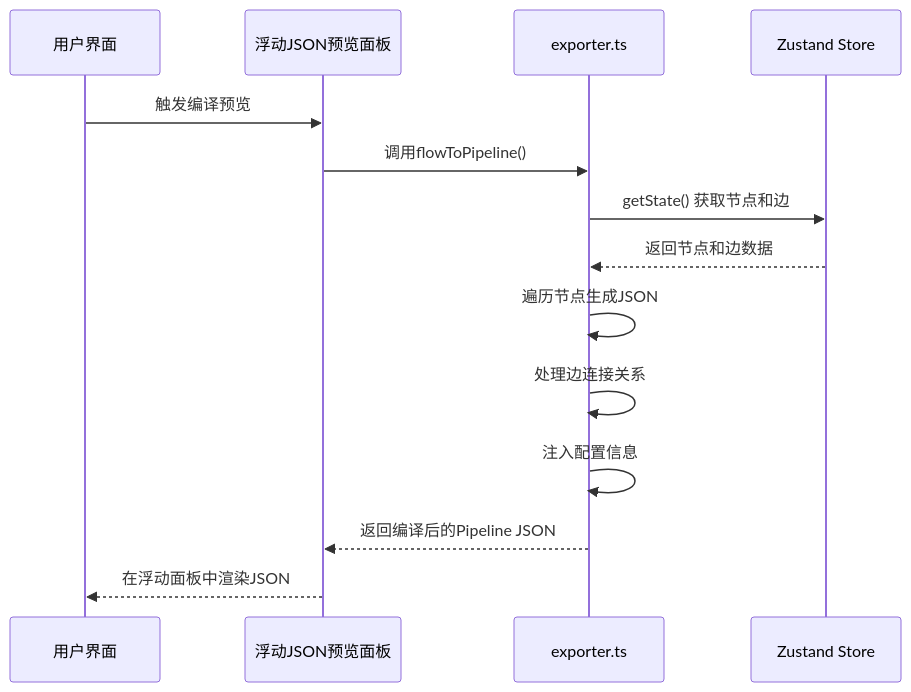
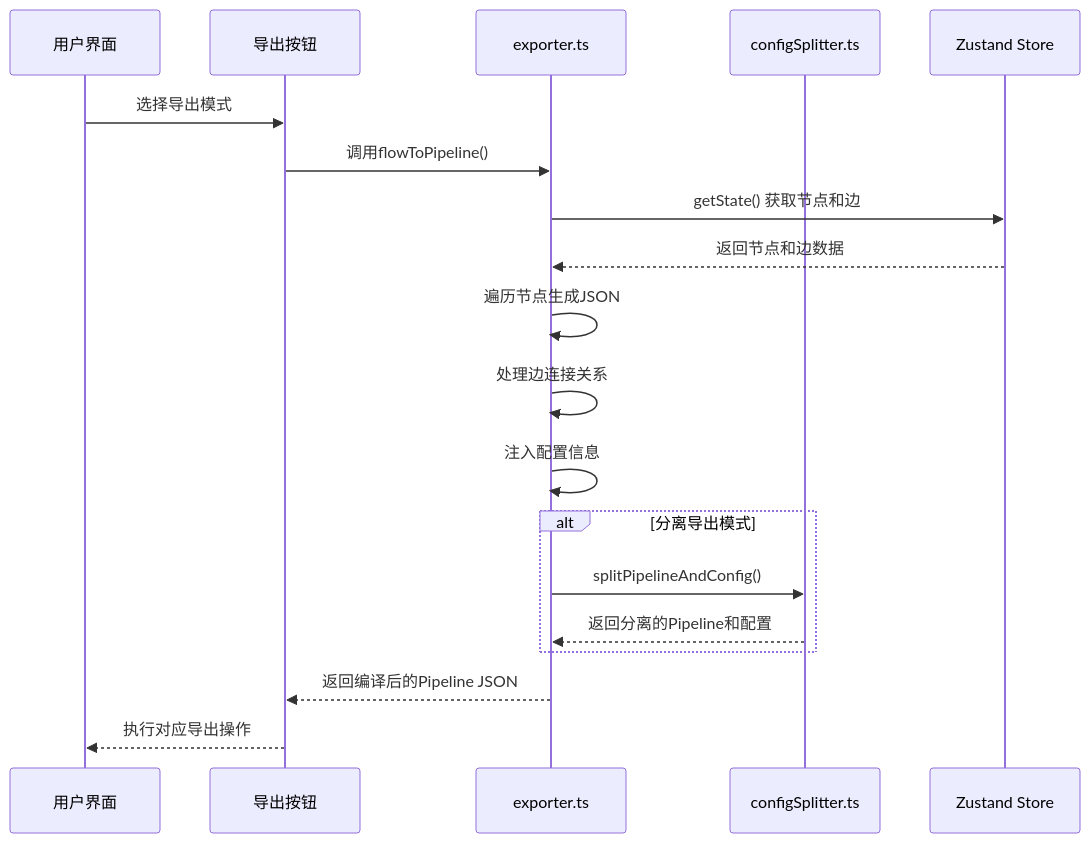
One commit to kqcoxn/MaaPipelineEditor changed the fourth of 5 diagrams in .qoder/repowiki/zh/content/核心概念/Pipeline 面板.md. Above: the diagram before and after it, drawn with Mermaid. The commit also changed other lines of this file and 9 other files, not shown here.

````diff
--- a/.qoder/repowiki/zh/content/核心概念/Pipeline 面板.md
+++ b/.qoder/repowiki/zh/content/核心概念/Pipeline 面板.md
@@ -83,16 +230,21 @@
 ```mermaid
 sequenceDiagram
 participant UI as 用户界面
-participant JsonViewer as 浮动JSON预览面板
+participant ExportButton as 导出按钮
 participant Exporter as exporter.ts
+participant Splitter as configSplitter.ts
 participant Store as Zustand Store
-UI->>JsonViewer : 触发编译预览
-JsonViewer->>Exporter : 调用flowToPipeline()
+UI->>ExportButton : 选择导出模式
+ExportButton->>Exporter : 调用flowToPipeline()
 Exporter->>Store : getState() 获取节点和边
 Store-->>Exporter : 返回节点和边数据
 Exporter->>Exporter : 遍历节点生成JSON
 Exporter->>Exporter : 处理边连接关系
 Exporter->>Exporter : 注入配置信息
-Exporter-->>JsonViewer : 返回编译后的Pipeline JSON
-JsonViewer-->>UI : 在浮动面板中渲染JSON
+alt 分离导出模式
+Exporter->>Splitter : splitPipelineAndConfig()
+Splitter-->>Exporter : 返回分离的Pipeline和配置
+end
+Exporter-->>ExportButton : 返回编译后的Pipeline JSON
+ExportButton-->>UI : 执行对应导出操作
 ```
````
